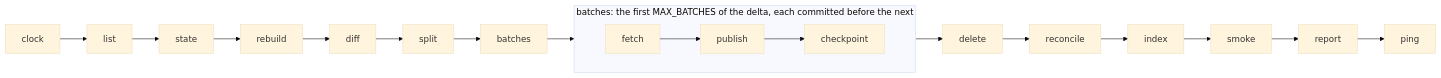
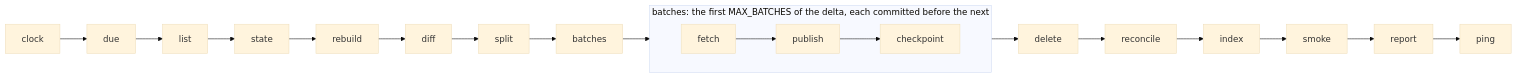
One commit to katoptra/gnu changed the diagram in README.md. Above: the diagram before and after it, drawn with Mermaid (base theme). The commit also changed other lines of this file and 1 other file, not shown here.

````diff
--- a/README.md
+++ b/README.md
@@ -55,9 +58,9 @@
 ```mermaid
 flowchart LR
-  clock --> list --> state --> rebuild --> diff --> split --> batches
+  clock --> due --> list --> state --> rebuild --> diff --> split --> batches
   subgraph b["batches: the first MAX_BATCHES of the delta, each committed before the next"]
     direction LR
     fetch --> publish --> checkpoint
   end
   batches --> b --> delete --> reconcile --> index --> smoke --> report --> ping
 ```
````
